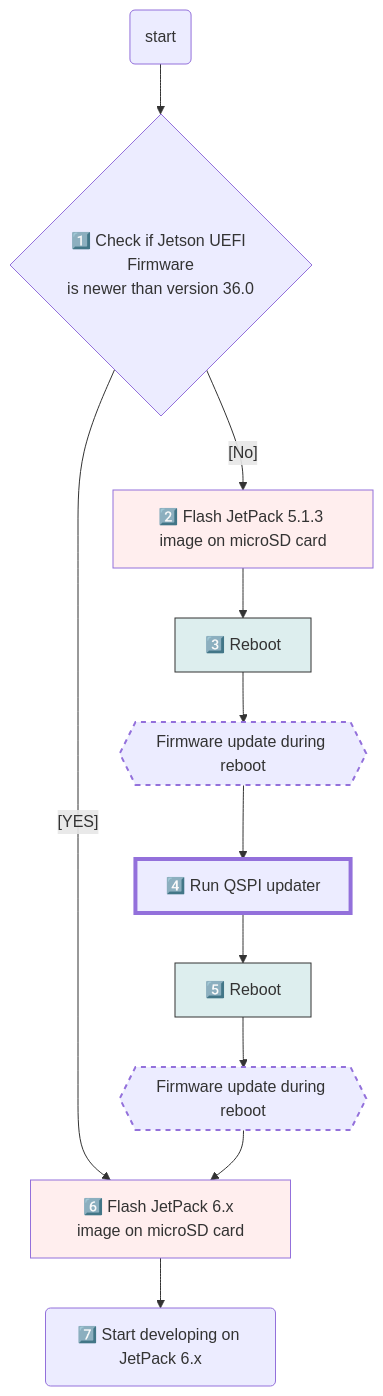
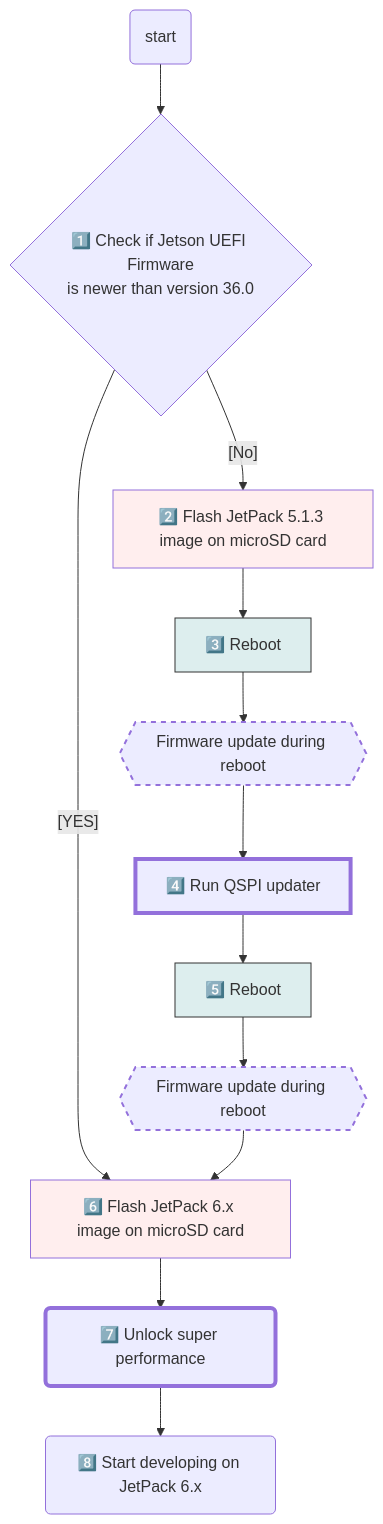
One commit to NVIDIA-AI-IOT/jetson-generative-ai-playground changed the diagram in docs/initial_setup_jon.md. Above: the diagram before and after it, drawn with Mermaid. The commit also changed other lines of this file and 2 other files, not shown here.

Commit message:
Change the navbar and add super setup

````diff
--- a/docs/initial_setup_jon.md
+++ b/docs/initial_setup_jon.md
@@ -53,18 +55,20 @@
     ```mermaid
     flowchart
         A(start) --> B{1️⃣ Check if Jetson UEFI Firmware<br>is newer than version 36.0}
         B --[YES] --> O[6️⃣ Flash JetPack 6.x image on microSD card]
         B --[No] --> C[2️⃣ Flash JetPack 5.1.3 image on microSD card]
         C --> D[3️⃣ Reboot] --> E{{Firmware update during reboot}}
         E --> F[4️⃣ Run QSPI updater] --> G[5️⃣ Reboot] --> H{{Firmware update during reboot}}
         H --> O
-        O --> P(7️⃣ Start developing on JetPack 6.x) 
+        O --> Q(7️⃣ Unlock super performance) 
+        Q --> P(8️⃣ Start developing on JetPack 6.x) 
 
         style C fill:#fee
         style D fill:#DEE,stroke:#333
         style G fill:#DEE,stroke:#333
         style F stroke-width:4px
         style E stroke-width:2px,stroke-dasharray: 5 5
         style H stroke-width:2px,stroke-dasharray: 5 5
         style O fill:#fee
+        style Q stroke-width:4px
     ```
````
